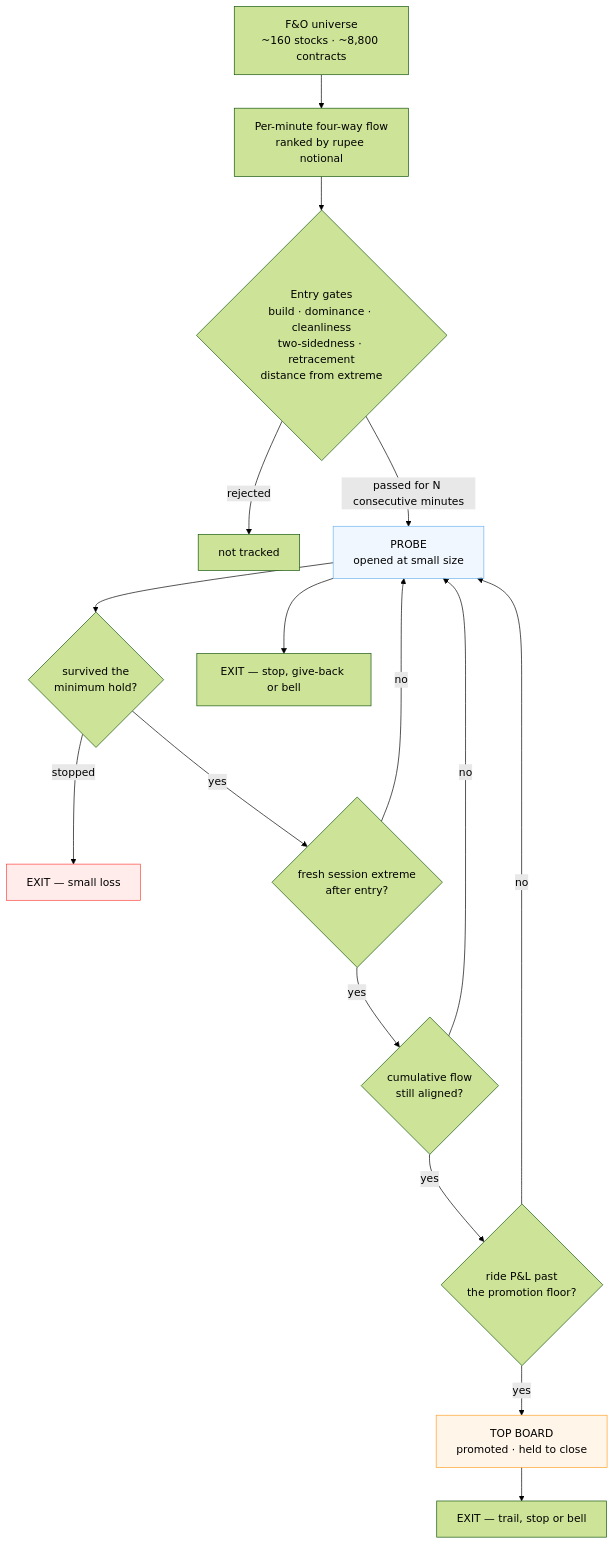
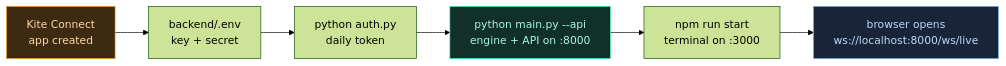
The first of 2 diagrams in README.md (Abhay512/Clavis-Terminal), drawn with Mermaid (forest theme) before and after one commit. The commit also changed other lines of this file, not shown here.

Commit message:
docs: expanded guide - Kite Connect setup, run and connect steps, Docker, troubleshooting

````diff
--- a/README.md
+++ b/README.md
@@ -215,24 +576,11 @@
 ```mermaid
-flowchart TD
-    U["F&O universe<br/>~160 stocks · ~8,800 contracts"] --> R["Per-minute four-way flow<br/>ranked by rupee notional"]
-    R --> G{"Entry gates<br/>build · dominance · cleanliness<br/>two-sidedness · retracement<br/>distance from extreme"}
-    G -->|rejected| X["not tracked"]
-    G -->|passed for N consecutive minutes| P["PROBE<br/>opened at small size"]
-
-    P --> L1{"survived the<br/>minimum hold?"}
-    L1 -->|stopped| E1["EXIT — small loss"]
-    L1 -->|yes| L2{"fresh session extreme<br/>after entry?"}
-    L2 -->|no| P
-    L2 -->|yes| L3{"cumulative flow<br/>still aligned?"}
-    L3 -->|no| P
-    L3 -->|yes| L4{"ride P&L past<br/>the promotion floor?"}
-    L4 -->|no| P
-    L4 -->|yes| T["TOP BOARD<br/>promoted · held to close"]
-
-    T --> E2["EXIT — trail, stop or bell"]
-    P --> E3["EXIT — stop, give-back or bell"]
-
-    style T fill:#ffa0281a,stroke:#ffa028
-    style P fill:#6db3f21a,stroke:#6db3f2
-    style E1 fill:#ff433d1a,stroke:#ff433d
+flowchart LR
+    A["Kite Connect<br/>app created"] --> B["backend/.env<br/>key + secret"]
+    B --> C["python auth.py<br/>daily token"]
+    C --> D["python main.py --api<br/>engine + API on :8000"]
+    D --> E["npm run start<br/>terminal on :3000"]
+    E --> F["browser opens<br/>ws://localhost:8000/ws/live"]
+    style A fill:#3d2a12,stroke:#ffa028,color:#ffd7a3
+    style D fill:#12302a,stroke:#4af6c3,color:#a9f5e0
+    style F fill:#1a2438,stroke:#6db3f2,color:#bcd9f7
 ```
````
